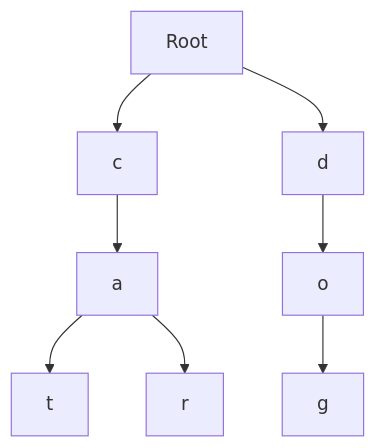
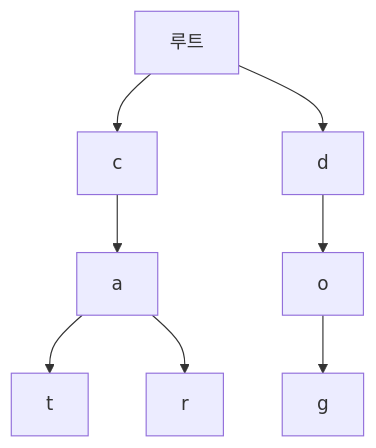
One commit to mandoobox/mandoobox.github.io changed the first of 2 diagrams in _posts/algorithm/2026-03-07-trie.md. Above: the diagram before and after it, drawn with Mermaid. The commit also changed other lines of this file and 24 other files, not shown here.

Commit message:
feat: mermaid kr

````diff
--- a/_posts/algorithm/2026-03-07-trie.md
+++ b/_posts/algorithm/2026-03-07-trie.md
@@ -67,10 +67,10 @@
 ```mermaid
 flowchart TD
-    R["Root"] --> C["c"]
+    R["루트"] --> C["c"]
     C --> A["a"]
     A --> T["t"]
     A --> R2["r"]
     R --> D["d"]
     D --> O["o"]
     O --> G["g"]
 ```
````
